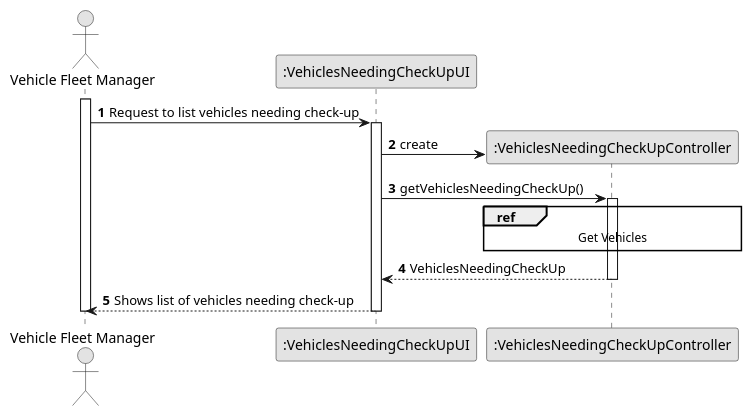
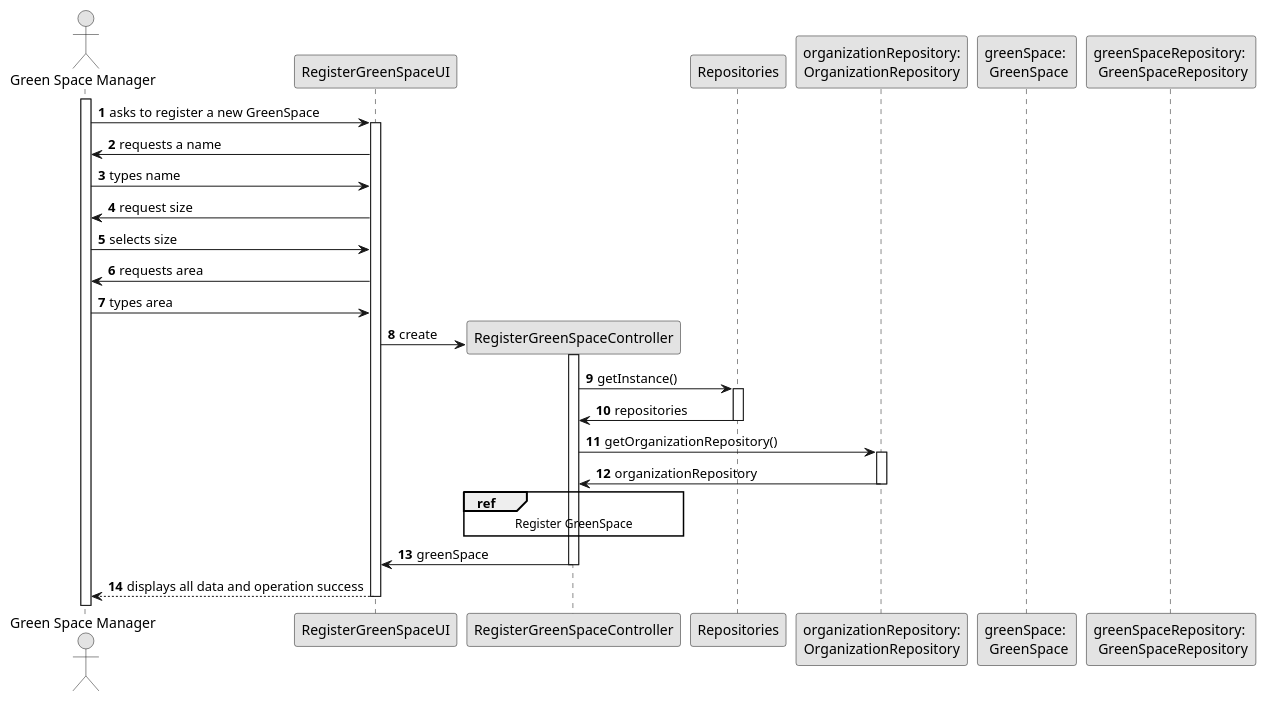
One commit to Departamento-de-Engenharia-Informatica/lei-24-s2-1df-1de-g063 changed the diagram in docs/SprintC/us020/03.design/puml/us020-sequence-diagram-split.puml. Above: the diagram before and after it, drawn with PlantUML. The commit also changed 8 other files, not shown here.

```diff
--- a/docs/SprintC/us020/03.design/puml/us020-sequence-diagram-split.puml
+++ b/docs/SprintC/us020/03.design/puml/us020-sequence-diagram-split.puml
@@ -1,38 +1,60 @@
 @startuml
 skinparam monochrome true
 skinparam packageStyle rectangle
 skinparam shadowing false
 
 autonumber
 
 'hide footbox
-actor "Vehicle Fleet Manager" as VFM
-participant ":VehiclesNeedingCheckUpUI" as UI
-participant ":VehiclesNeedingCheckUpController" as CTRL
+actor "Green Space Manager" as GSM
+participant "RegisterGreenSpaceUI" as UI
+participant "RegisterGreenSpaceController" as CTRL
+participant "Repositories" as Rep
+participant "organizationRepository:\nOrganizationRepository" as organizationRepository
+participant "greenSpace: \n GreenSpace" as GreenSpace
+participant "greenSpaceRepository: \n GreenSpaceRepository" as GreenSpaceRep
 
-activate VFM
+activate GSM
 
-VFM -> UI : Request to list vehicles needing check-up
+     GSM -> UI : asks to register a new GreenSpace
 
-    activate UI
+     activate UI
 
-        UI -> CTRL** : create
+            UI -> GSM : requests a name
+            GSM -> UI : types name
+            UI -> GSM : request size
+            GSM -> UI : selects size
+            UI -> GSM : requests area
+            GSM -> UI : types area
+            UI -> CTRL** : create
 
-        UI -> CTRL : getVehiclesNeedingCheckUp()
 
-        ref over CTRL
-                            Get Vehicles
-                        end
+     activate CTRL
 
-        activate CTRL
+            CTRL -> Rep : getInstance()
 
-            CTRL --> UI : VehiclesNeedingCheckUp
-        deactivate CTRL
+     activate Rep
 
-        UI --> VFM : Shows list of vehicles needing check-up
+            Rep -> CTRL : repositories
 
-    deactivate UI
+     deactivate Rep
 
-deactivate VFM
+            CTRL -> organizationRepository : getOrganizationRepository()
+
+     activate organizationRepository
+
+            organizationRepository -> CTRL : organizationRepository
+
+     deactivate organizationRepository
+
+            ref over CTRL
+                                        Register GreenSpace
+                                    end
+           CTRL -> UI : greenSpace
+     deactivate CTRL
+
+     UI --> GSM : displays all data and operation success
+
+     deactivate UI
 
 @enduml
```
